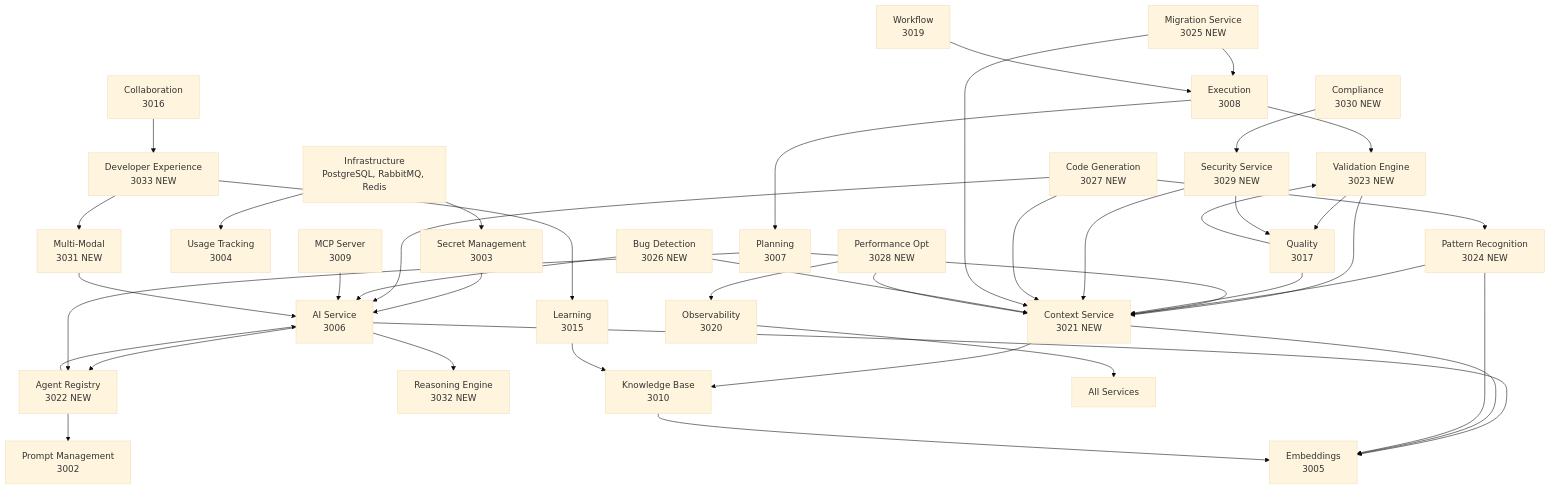
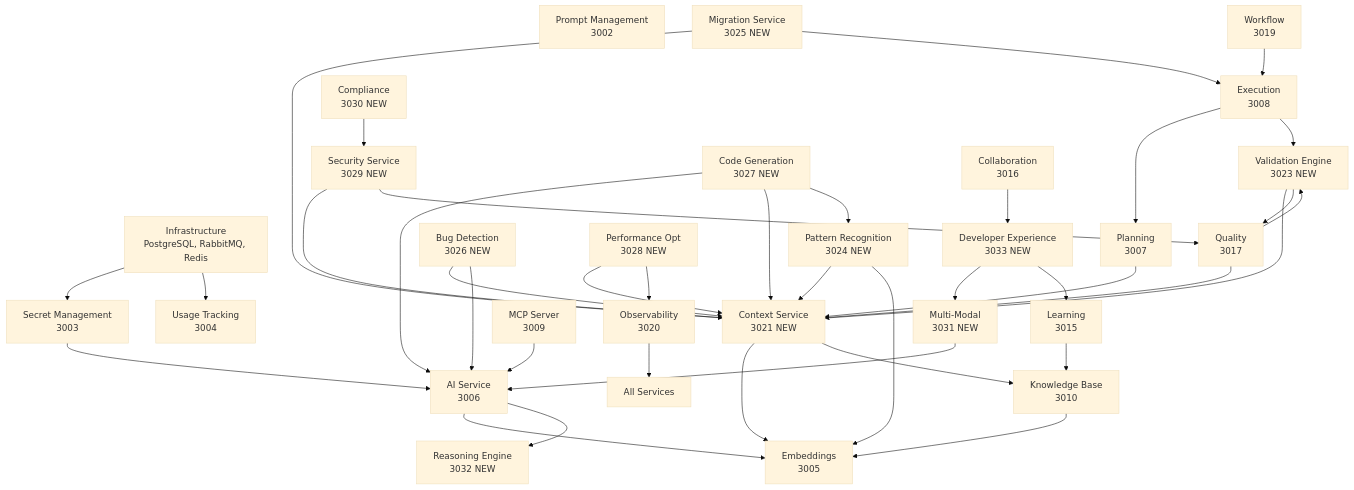
Before and after one commit to Edgame2/castiel2: the diagram in documentation/planning/feature_module_mapping.md, drawn with Mermaid (base theme). The commit also changed other lines of this file and 673 other files, not shown here.

```diff
--- a/documentation/planning/feature_module_mapping.md
+++ b/documentation/planning/feature_module_mapping.md
@@ -1168,7 +1035,6 @@
     
     %% New Core Services
     Context[Context Service<br/>3021 NEW]
-    AgentReg[Agent Registry<br/>3022 NEW]
     Validation[Validation Engine<br/>3023 NEW]
     Pattern[Pattern Recognition<br/>3024 NEW]
     
@@ -1215,14 +1081,10 @@
     
     Secret --> AI
     AI --> Embed
-    AI --> AgentReg
     AI --> Reasoning
     
     Context --> Embed
     Context --> KB
-    
-    AgentReg --> AI
-    AgentReg --> Prompt
     
     Validation --> Context
     Validation --> Quality
@@ -1231,7 +1093,6 @@
     Pattern --> Embed
     
     Planning --> Context
-    Planning --> AgentReg
     Exec --> Planning
     Exec --> Validation
     
```
